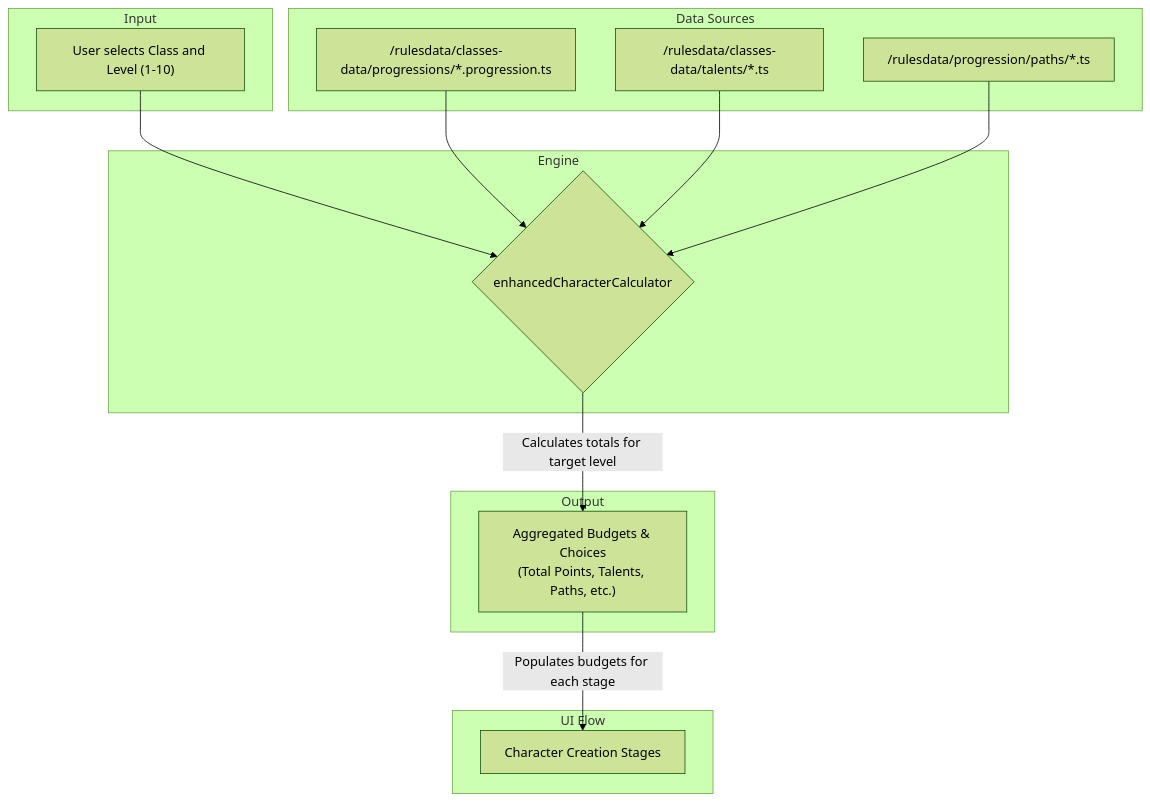
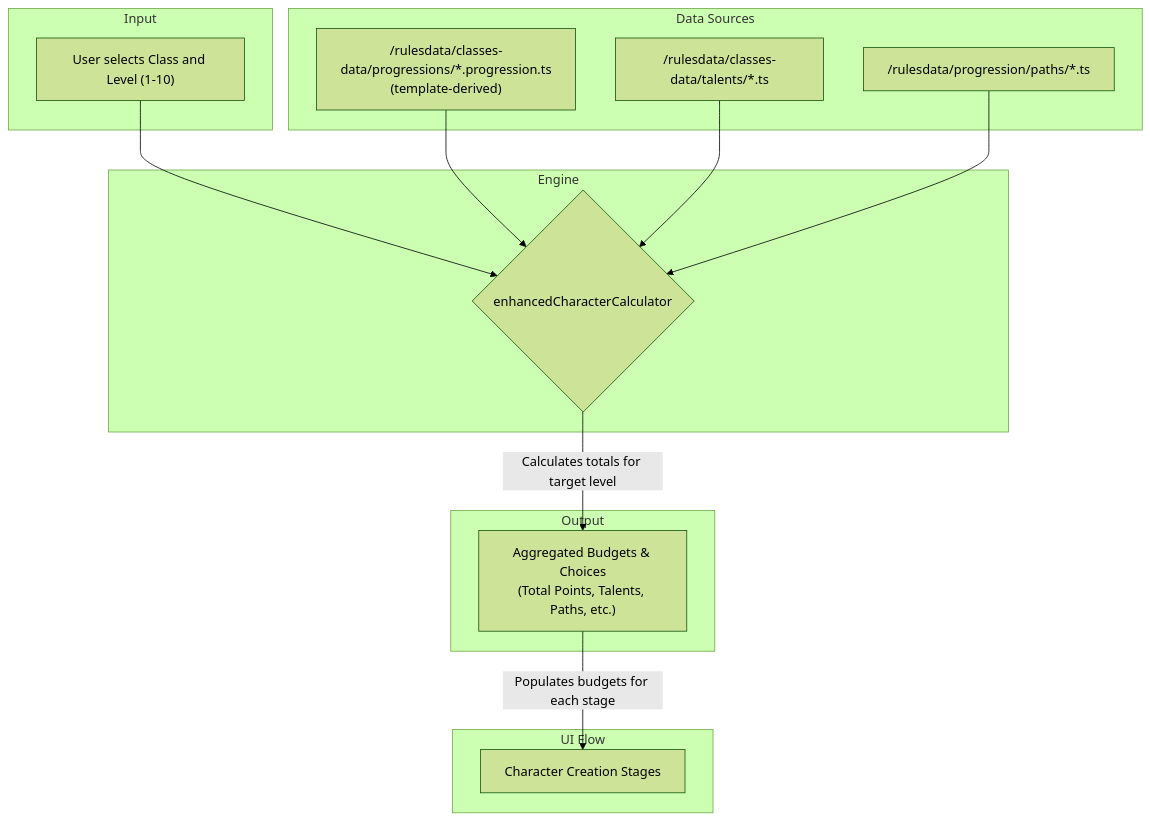
One commit to YasafVol/dc20clean changed the diagram in docs/systems/LEVELING_SYSTEM.MD. Above: the diagram before and after it, drawn with Mermaid (forest theme). The commit also changed other lines of this file and 28 other files, not shown here.

````diff
--- a/docs/systems/LEVELING_SYSTEM.MD
+++ b/docs/systems/LEVELING_SYSTEM.MD
@@ -15,29 +15,29 @@
 ```mermaid
 flowchart TD
     subgraph "Input"
         A["User selects Class and Level (1-10)"]
     end
 
     subgraph "Engine"
         B{"enhancedCharacterCalculator"}
     end
 
     subgraph "Data Sources"
-        C1["/rulesdata/classes-data/progressions/*.progression.ts"]
+        C1["/rulesdata/classes-data/progressions/*.progression.ts\n(template-derived)"]
         C2["/rulesdata/classes-data/talents/*.ts"]
         C3["/rulesdata/progression/paths/*.ts"]
     end
 
     subgraph "Output"
         D["Aggregated Budgets & Choices\n(Total Points, Talents, Paths, etc.)"]
     end
 
     subgraph "UI Flow"
         E["Character Creation Stages"]
     end
 
     A --> B
     C1 & C2 & C3 --> B
     B -- "Calculates totals for target level" --> D
     D -- "Populates budgets for each stage" --> E
 ```
````
